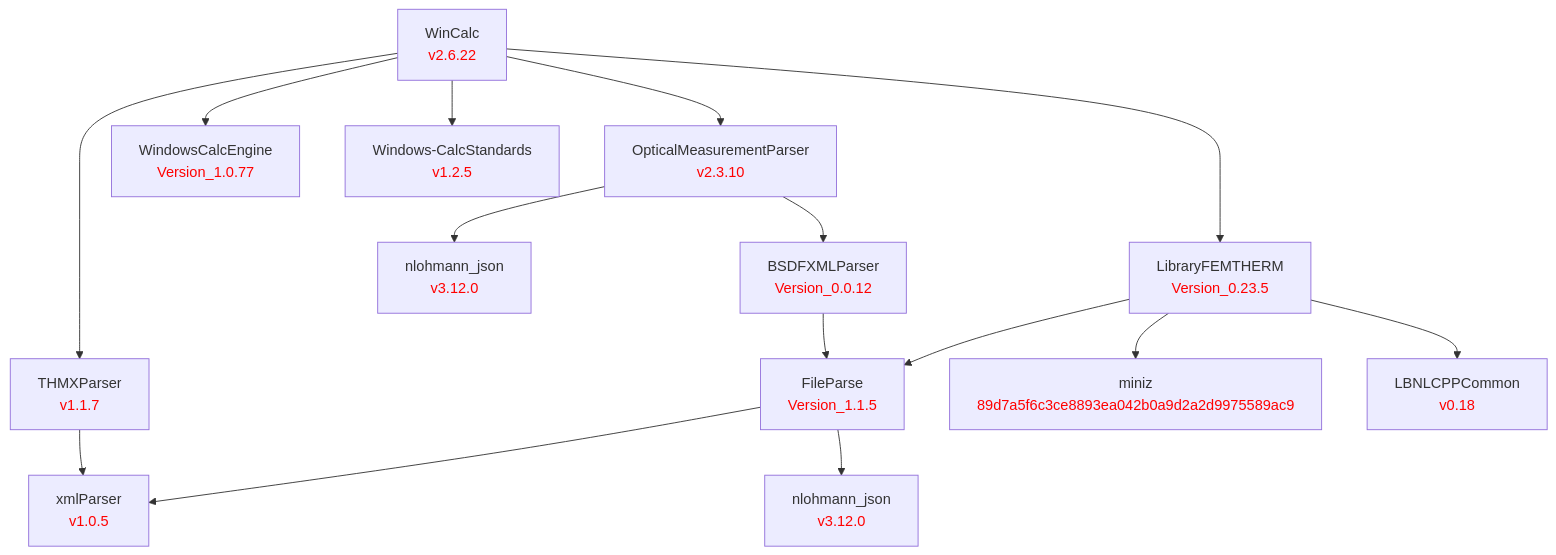
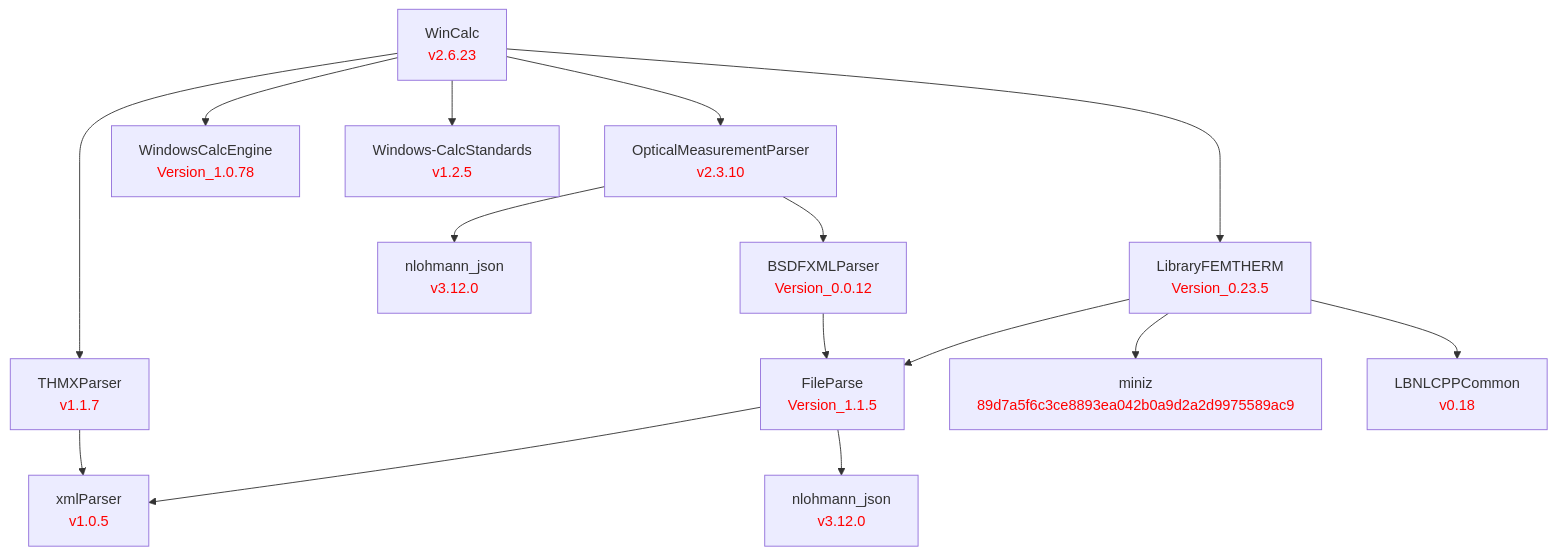
Before and after one commit to LBNL-ETA/WinCalc: the diagram in doc/WinCalc.md, drawn with Mermaid. The commit also changed 1 other file, not shown here.

Commit message:
Bump to v2.6.23; Windows-CalcEngine Version_1.0.77 -> Version_1.0.78
Version_1.0.78 makes a conductivity set on a shading layer with openings take effect in the solve. WINDOW sets the effective conductivity it gets from THERM through Glazing_System::set_solid_layer_conductivity.

````diff
--- a/doc/WinCalc.md
+++ b/doc/WinCalc.md
@@ -1,49 +1,49 @@
 ```mermaid
 graph TD
     %% Level 0
-    WinCalc[WinCalc<br/><font color='red'>v2.6.22</font>]
+    WinCalc[WinCalc<br/><font color='red'>v2.6.23</font>]
 
     %% Level 1 - direct dependencies
     OpticalMeasurementParser[OpticalMeasurementParser<br/><font color='red'>v2.3.10</font>]
     THMXParser[THMXParser<br/><font color='red'>v1.1.7</font>]
-    WindowsCalcEngine[WindowsCalcEngine<br/><font color='red'>Version_1.0.77</font>]
+    WindowsCalcEngine[WindowsCalcEngine<br/><font color='red'>Version_1.0.78</font>]
     Windows-CalcStandards[Windows-CalcStandards<br/><font color='red'>v1.2.5</font>]
     LibraryFEMTHERM[LibraryFEMTHERM<br/><font color='red'>Version_0.23.5</font>]
 
     %% Level 2
     nlohmann_omp[nlohmann_json<br/><font color='red'>v3.12.0</font>]
     BSDFXMLParser[BSDFXMLParser<br/><font color='red'>Version_0.0.12</font>]
     FileParse[FileParse<br/><font color='red'>Version_1.1.5</font>]
     miniz[miniz<br/><font color='red'>89d7a5f6c3ce8893ea042b0a9d2a2d9975589ac9</font>]
     LBNLCPPCommon[LBNLCPPCommon<br/><font color='red'>v0.18</font>]
 
     %% Level 3
     xmlParser[xmlParser<br/><font color='red'>v1.0.5</font>]
     nlohmann_fp[nlohmann_json<br/><font color='red'>v3.12.0</font>]
 
     %% WinCalc dependencies
     WinCalc --> OpticalMeasurementParser
     WinCalc --> THMXParser
     WinCalc --> WindowsCalcEngine
     WinCalc --> Windows-CalcStandards
     WinCalc --> LibraryFEMTHERM
 
     %% OpticalMeasurementParser dependencies
     OpticalMeasurementParser --> nlohmann_omp
     OpticalMeasurementParser --> BSDFXMLParser
 
     %% LibraryFEMTHERM dependencies
     LibraryFEMTHERM --> FileParse
     LibraryFEMTHERM --> miniz
     LibraryFEMTHERM --> LBNLCPPCommon
 
     %% BSDFXMLParser dependencies
     BSDFXMLParser --> FileParse
 
     %% FileParse dependencies
     FileParse --> xmlParser
     FileParse --> nlohmann_fp
 
     %% THMXParser dependencies
     THMXParser --> xmlParser
 ```
````
